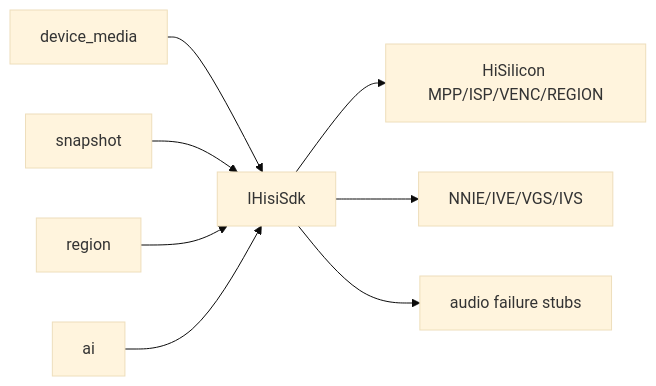
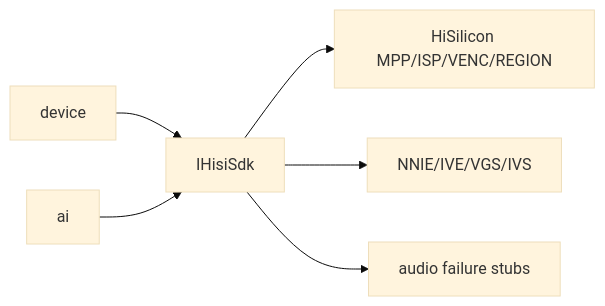
Before and after one commit to 373699756/live_stream: the diagram in docs/libs/hisi_vendor.md, drawn with Mermaid (base theme). The commit also changed other lines of this file and 108 other files, not shown here.

Commit message:
merga snapshot region to device

````diff
--- a/docs/libs/hisi_vendor.md
+++ b/docs/libs/hisi_vendor.md
@@ -14,10 +14,8 @@
 ```mermaid
 flowchart LR
-  Media[device_media] --> SDK[IHisiSdk]
-  Snapshot[snapshot] --> SDK
-  Region[region] --> SDK
+  Media[device] --> SDK[IHisiSdk]
   AI[ai] --> SDK
   SDK --> MPP[HiSilicon MPP/ISP/VENC/REGION]
   SDK --> SVP[NNIE/IVE/VGS/IVS]
   SDK --> AudioStub[audio failure stubs]
 ```
````
